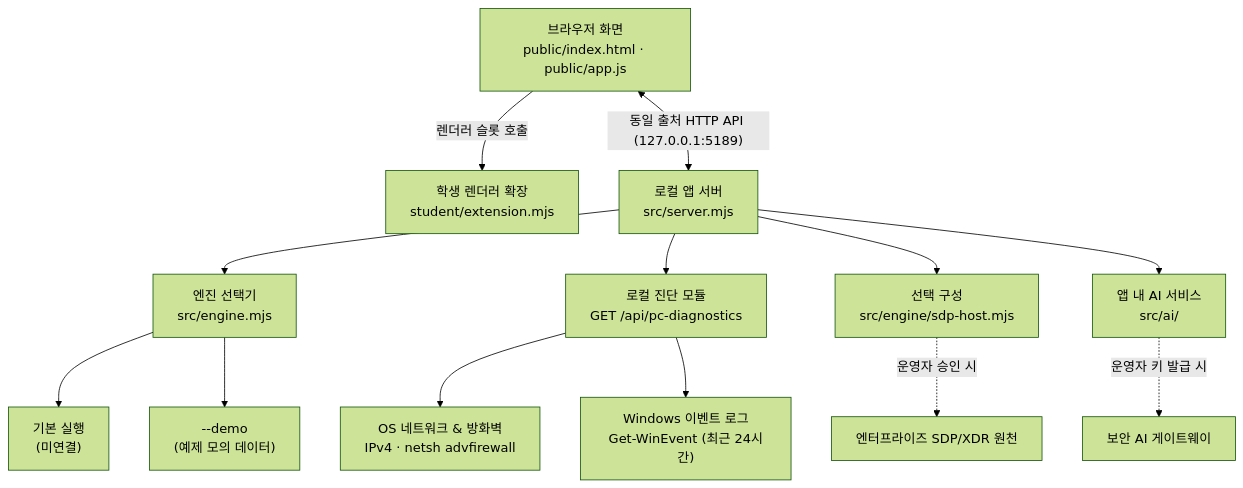
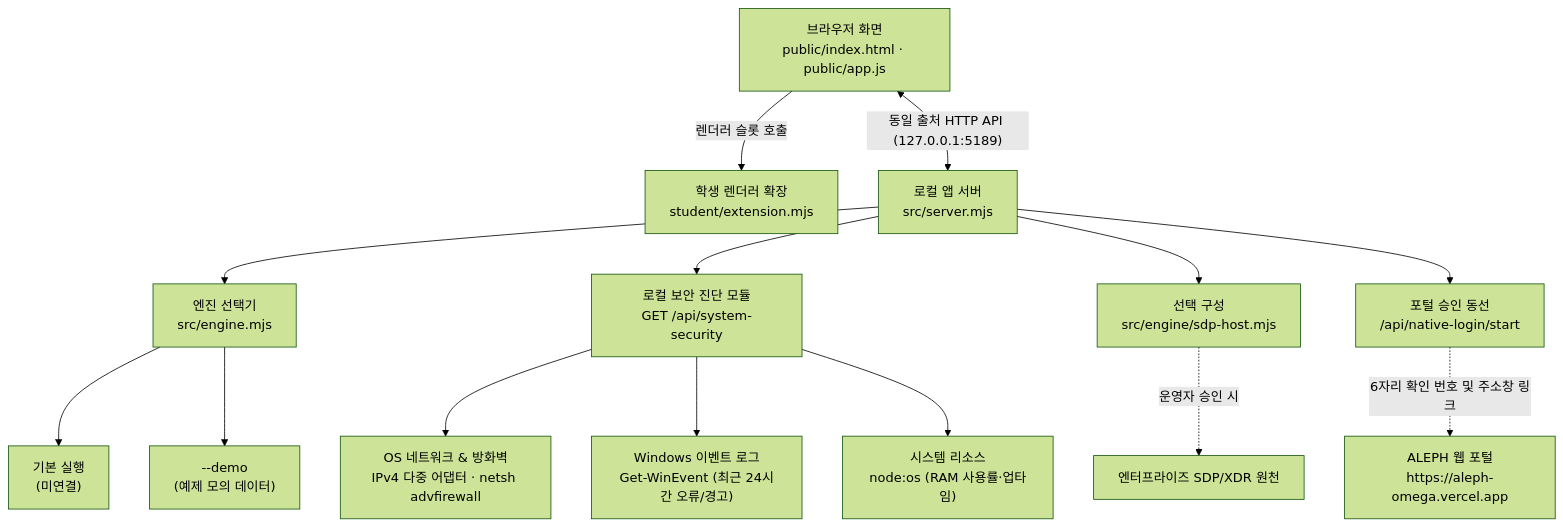
Before and after one commit to Andy255319/on-client: the diagram in README.md, drawn with Mermaid (forest theme). The commit also changed other lines of this file and 1 other file, not shown here.

````diff
--- a/README.md
+++ b/README.md
@@ -34,23 +36,24 @@
 ```mermaid
 flowchart TD
   Browser["브라우저 화면<br/>public/index.html · public/app.js"]
   Student["학생 렌더러 확장<br/>student/extension.mjs"]
   Server["로컬 앱 서버<br/>src/server.mjs"]
   
   Browser -->|"렌더러 슬롯 호출"| Student
   Browser <-->|"동일 출처 HTTP API (127.0.0.1:5189)"| Server
 
   Server --> Engine["엔진 선택기<br/>src/engine.mjs"]
   Engine --> Disconnected["기본 실행<br/>(미연결)"]
   Engine --> Demo["--demo<br/>(예제 모의 데이터)"]
 
-  Server --> LocalDiag["로컬 진단 모듈<br/>GET /api/pc-diagnostics"]
-  LocalDiag --> OS["OS 네트워크 & 방화벽<br/>IPv4 · netsh advfirewall"]
-  LocalDiag --> EventLog["Windows 이벤트 로그<br/>Get-WinEvent (최근 24시간)"]
+  Server --> LocalDiag["로컬 보안 진단 모듈<br/>GET /api/system-security"]
+  LocalDiag --> OS["OS 네트워크 & 방화벽<br/>IPv4 다중 어댑터 · netsh advfirewall"]
+  LocalDiag --> EventLog["Windows 이벤트 로그<br/>Get-WinEvent (최근 24시간 오류/경고)"]
+  LocalDiag --> Memory["시스템 리소스<br/>node:os (RAM 사용률·업타임)"]
 
   Server --> Sdp["선택 구성<br/>src/engine/sdp-host.mjs"]
   Sdp -.->|"운영자 승인 시"| SdpSource["엔터프라이즈 SDP/XDR 원천"]
 
-  Server --> Ai["앱 내 AI 서비스<br/>src/ai/"]
-  Ai -.->|"운영자 키 발급 시"| Gateway["보안 AI 게이트웨이"]
+  Server --> Portal["포털 승인 동선<br/>/api/native-login/start"]
+  Portal -.->|"6자리 확인 번호 및 주소창 링크"| AlephPortal["ALEPH 웹 포털<br/>https://aleph-omega.vercel.app"]
 ```
````
